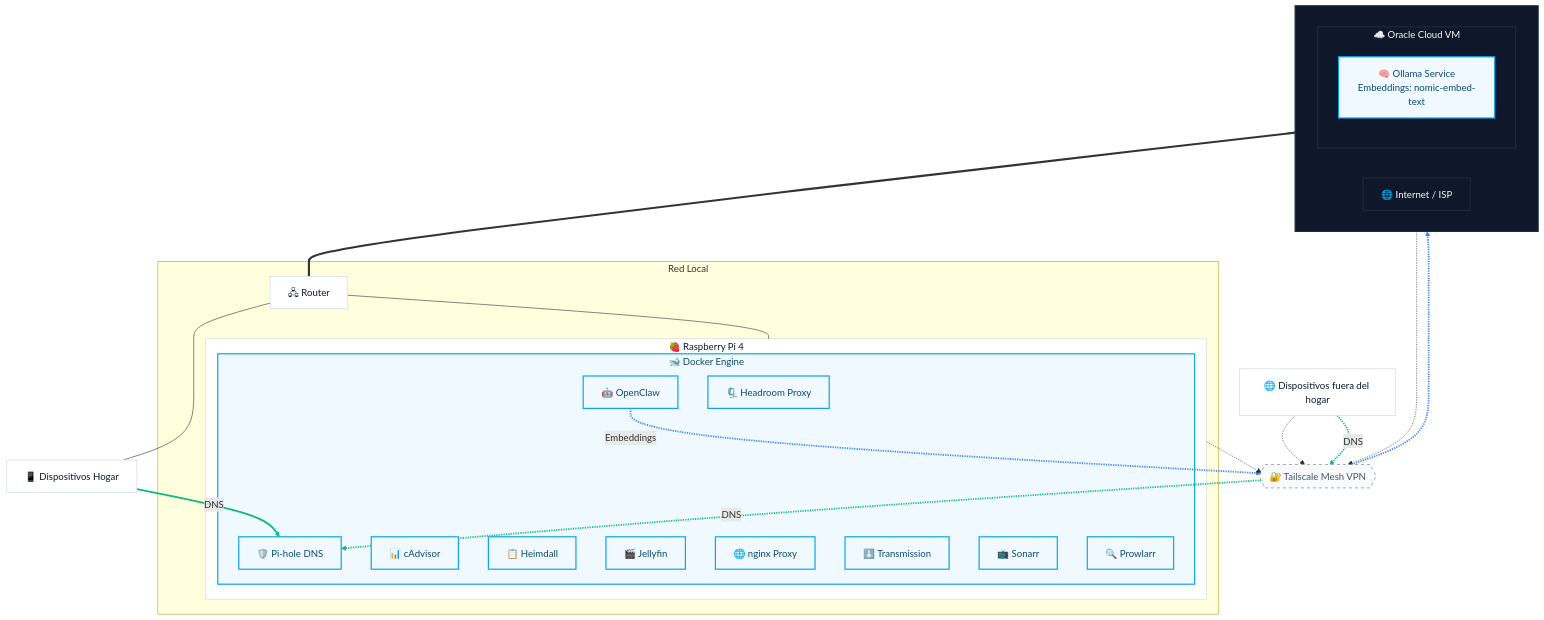
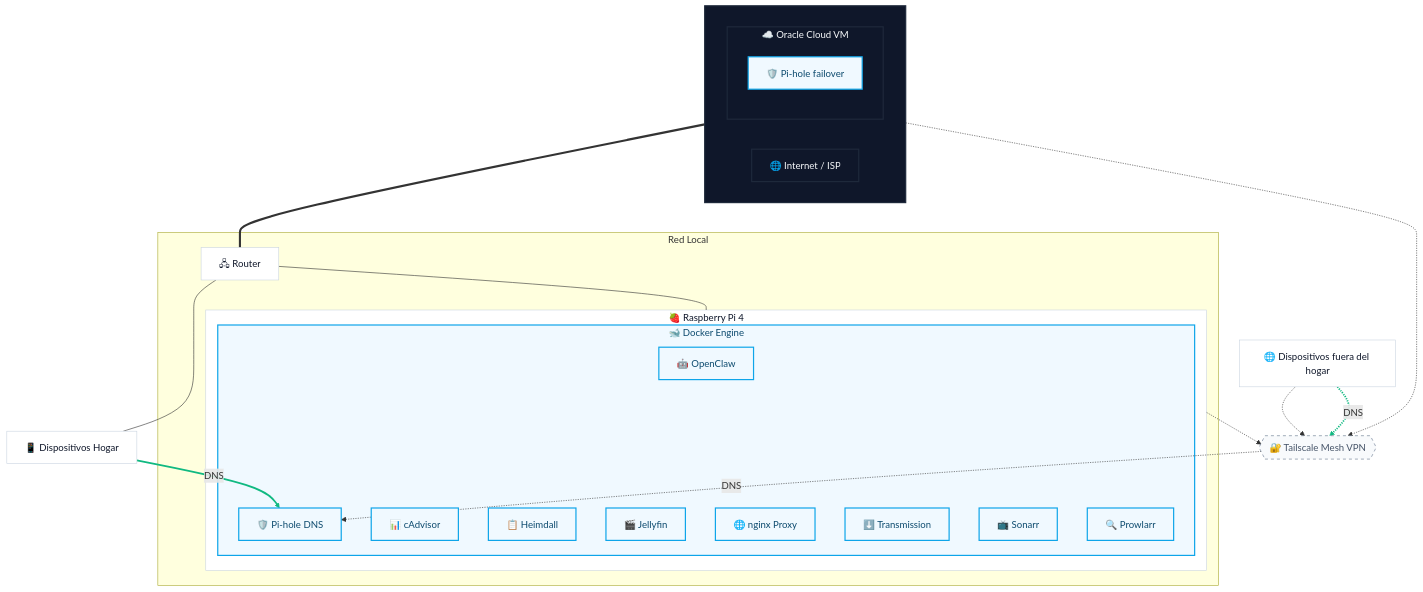
The diagram in docs/ARCHITECTURE.md (dcerbero/homelab), drawn with Mermaid before and after one commit. The commit also changed other lines of this file and 9 other files, not shown here.

````diff
--- a/docs/ARCHITECTURE.md
+++ b/docs/ARCHITECTURE.md
@@ -5,62 +5,57 @@
 ```mermaid
 graph TD
     classDef wan fill:#0f172a,stroke:#1e293b,stroke-width:2px,color:#f8fafc;
     classDef node fill:#ffffff,stroke:#cbd5e1,stroke-width:1px,color:#0f172a;
     classDef vpn fill:#f8fafc,stroke:#64748b,stroke-width:1px,stroke-dasharray: 5 5,color:#475569;
     classDef highlight fill:#f0f9ff,stroke:#0ea5e9,stroke-width:2px,color:#0c4a6e;
 
     subgraph WAN [ ]
         direction LR
         ISP[🌐 Internet / ISP]
         
         subgraph OCI_VM [☁️ Oracle Cloud VM]
-            Ollama[🧠 Ollama Service\nEmbeddings: nomic-embed-text]
+            OciPiHole[🛡️ Pi-hole failover]
         end
     end
 
     Tailscale{{"🔐 Tailscale Mesh VPN"}}
 
     subgraph LAN [Red Local]
         Router[🖧 Router]
         subgraph Pi [🍓 Raspberry Pi 4]
             subgraph Docker [🐋 Docker Engine]
                 OpenClaw[🤖 OpenClaw]
-                Headroom[🗜️ Headroom Proxy]
                 PiHole[🛡️ Pi-hole DNS]
                 cAdvisor[📊 cAdvisor]
                 Heimdall[📋 Heimdall]
                 Jellyfin[🎬 Jellyfin]
                 Nginx[🌐 nginx Proxy]
                 Transmission[⬇️ Transmission]
                 Sonarr[📺 Sonarr]
                 Prowlarr[🔍 Prowlarr]
             end
         end
     end
 
     LocalDevices[📱 Dispositivos Hogar]
     RemoteNode[🌐 Dispositivos fuera del hogar]
 
     ISP === Router
     Router --- Pi
     Router --- LocalDevices
 
     Pi -.-> Tailscale
     OCI_VM -.-> Tailscale
     RemoteNode -.-> Tailscale
     
-    OpenClaw -.->|Embeddings| Tailscale
-    Tailscale -.-> OCI_VM
-    
     LocalDevices ==>|DNS| PiHole
     RemoteNode -.->|DNS| Tailscale
     Tailscale -.->|DNS| PiHole
 
     class WAN,ISP,OCI_VM wan;
     class Router,Pi,LocalDevices,RemoteNode node;
     class Tailscale vpn;
-    class Docker,OpenClaw,Headroom,PiHole,cAdvisor,Ollama,Heimdall,Jellyfin,Nginx,Transmission,Sonarr,Prowlarr highlight;
+    class Docker,OpenClaw,PiHole,cAdvisor,OciPiHole,Heimdall,Jellyfin,Nginx,Transmission,Sonarr,Prowlarr highlight;
 
-    linkStyle 6,7 stroke:#3b82f6,stroke-width:3px;
-    linkStyle 8,9,10 stroke:#10b981,stroke-width:3px;
+    linkStyle 6,7 stroke:#10b981,stroke-width:3px;
 ```
````
